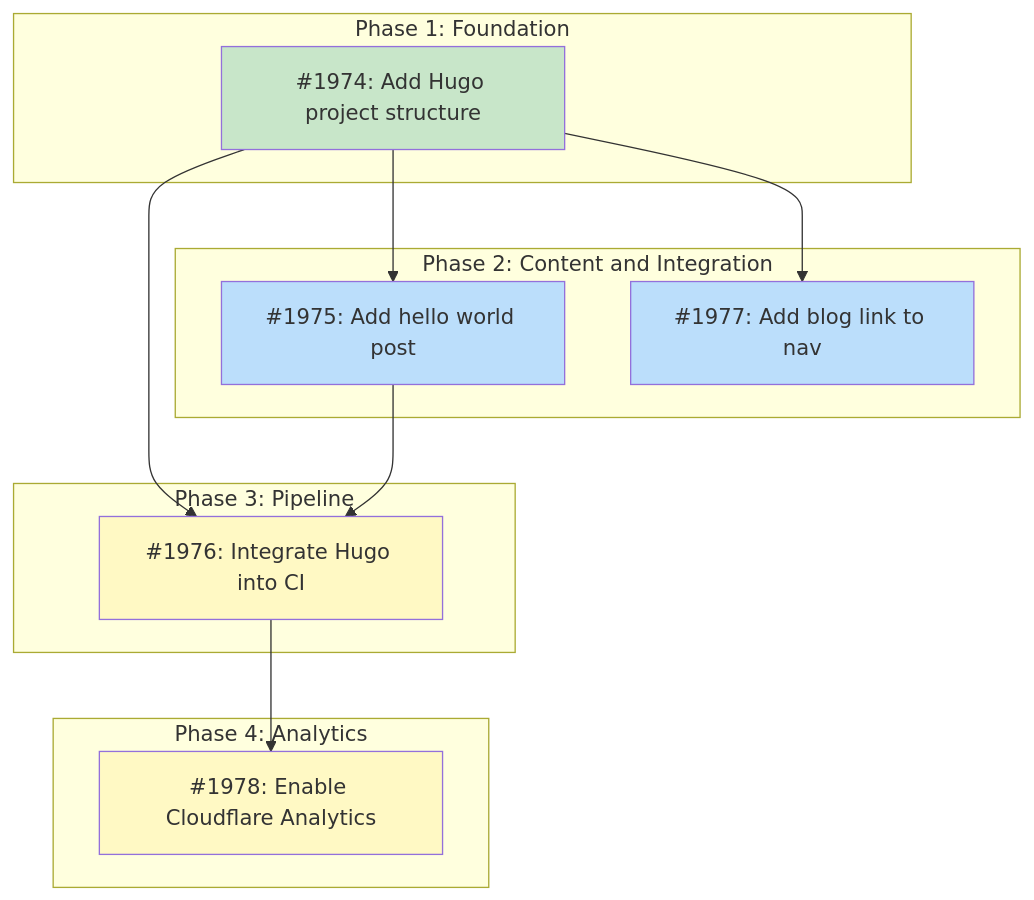
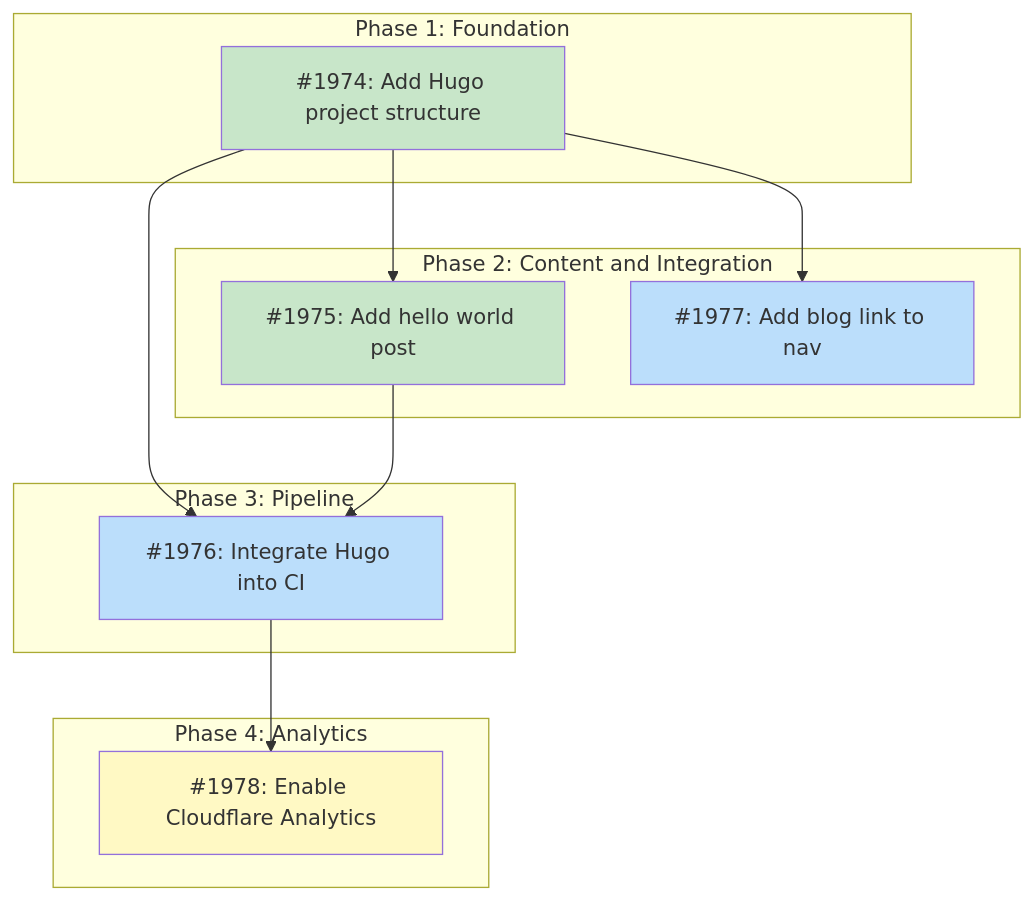
The diagram in docs/designs/DESIGN-blog-infrastructure.md (tsukumogami/tsuku), drawn with Mermaid before and after one commit. The commit also changed other lines of this file, not shown here.

Commit message:
docs(blog): mark #1975 as done in design doc
Strike through #1975 row in the issues table and update the dependency
graph: #1975 done, #1976 and #1977 now ready.

````diff
--- a/docs/designs/DESIGN-blog-infrastructure.md
+++ b/docs/designs/DESIGN-blog-infrastructure.md
@@ -55,35 +55,35 @@
 ```mermaid
 graph TD
     subgraph Phase1["Phase 1: Foundation"]
         I1974["#1974: Add Hugo project structure"]
     end
 
     subgraph Phase2["Phase 2: Content and Integration"]
         I1975["#1975: Add hello world post"]
         I1977["#1977: Add blog link to nav"]
     end
 
     subgraph Phase3["Phase 3: Pipeline"]
         I1976["#1976: Integrate Hugo into CI"]
     end
 
     subgraph Phase4["Phase 4: Analytics"]
         I1978["#1978: Enable Cloudflare Analytics"]
     end
 
     I1974 --> I1975
     I1974 --> I1976
     I1974 --> I1977
     I1975 --> I1976
     I1976 --> I1978
 
     classDef done fill:#c8e6c9
     classDef ready fill:#bbdefb
     classDef blocked fill:#fff9c4
     classDef needsDesign fill:#e1bee7
     classDef tracksDesign fill:#FFE0B2,stroke:#F57C00,color:#000
 
-    class I1974 done
-    class I1975,I1977 ready
-    class I1976,I1978 blocked
+    class I1974,I1975 done
+    class I1976,I1977 ready
+    class I1978 blocked
 ```
````
